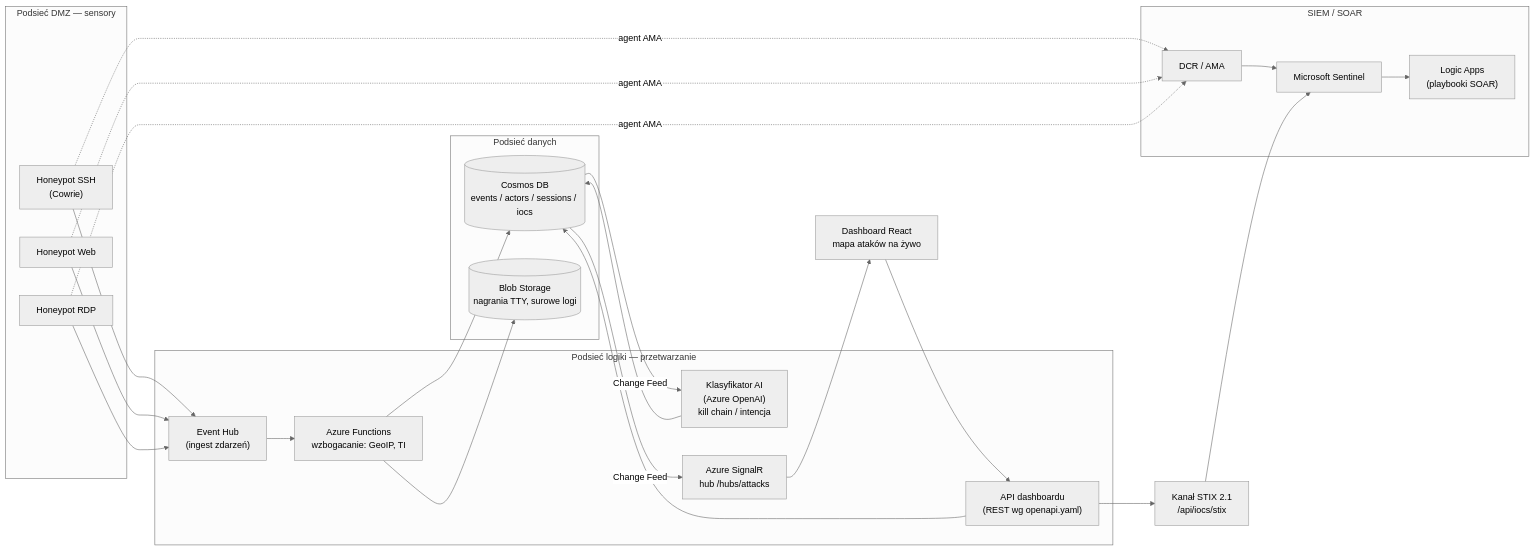
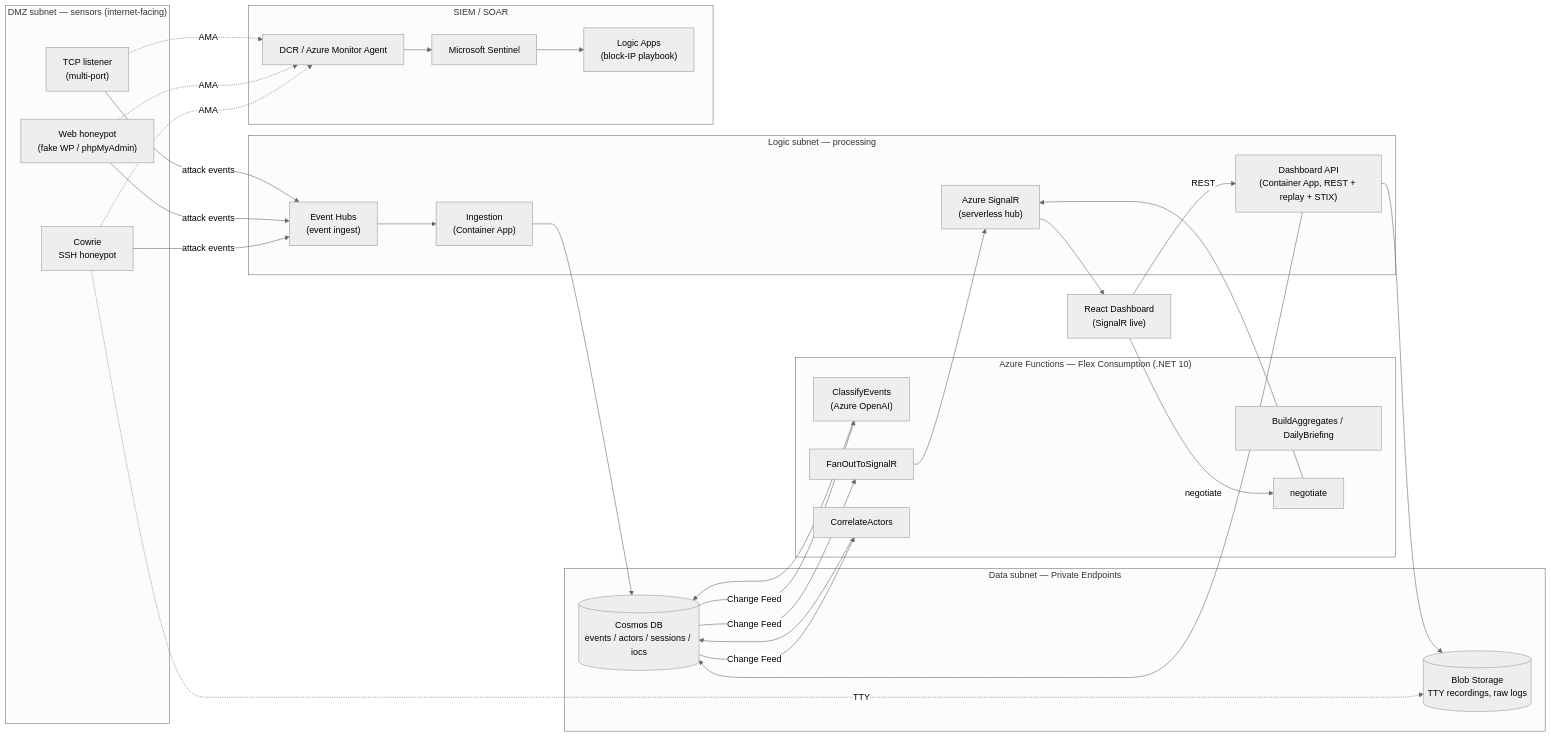
The diagram in README.md (BorShiik/HoneyGrid-Threat-Intelligence), drawn with Mermaid (neutral theme) before and after one commit. The commit also changed other lines of this file and 3 other files, not shown here.

````diff
--- a/README.md
+++ b/README.md
@@ -18,40 +94,46 @@
 ```mermaid
 flowchart LR
-    subgraph DMZ["Podsieć DMZ — sensory"]
-        S1["Honeypot SSH<br/>(Cowrie)"]
-        S2["Honeypot Web"]
-        S3["Honeypot RDP"]
+    subgraph DMZ["DMZ subnet — sensors (internet-facing)"]
+        S1["Cowrie<br/>SSH honeypot"]
+        S2["Web honeypot<br/>(fake WP / phpMyAdmin)"]
+        S3["TCP listener<br/>(multi-port)"]
     end
 
-    subgraph LOGIC["Podsieć logiki — przetwarzanie"]
-        EH["Event Hub<br/>(ingest zdarzeń)"]
-        FX["Azure Functions<br/>wzbogacanie: GeoIP, TI"]
-        AI["Klasyfikator AI<br/>(Azure OpenAI)<br/>kill chain / intencja"]
-        SR["Azure SignalR<br/>hub /hubs/attacks"]
-        API["API dashboardu<br/>(REST wg openapi.yaml)"]
+    subgraph LOGIC["Logic subnet — processing"]
+        EH["Event Hubs<br/>(event ingest)"]
+        ING["Ingestion<br/>(Container App)"]
+        API["Dashboard API<br/>(Container App, REST + replay + STIX)"]
+        SR["Azure SignalR<br/>(serverless hub)"]
     end
 
-    subgraph DATA["Podsieć danych"]
+    subgraph FUNC["Azure Functions — Flex Consumption (.NET 10)"]
+        CLS["ClassifyEvents<br/>(Azure OpenAI)"]
+        FAN["FanOutToSignalR"]
+        COR["CorrelateActors"]
+        AGG["BuildAggregates / DailyBriefing"]
+        NEG["negotiate"]
+    end
+
+    subgraph DATA["Data subnet — Private Endpoints"]
         COS[("Cosmos DB<br/>events / actors / sessions / iocs")]
-        BLOB[("Blob Storage<br/>nagrania TTY, surowe logi")]
+        BLOB[("Blob Storage<br/>TTY recordings, raw logs")]
     end
 
     subgraph SIEM["SIEM / SOAR"]
-        DCR["DCR / AMA"]
+        DCR["DCR / Azure Monitor Agent"]
         SEN["Microsoft Sentinel"]
-        LA["Logic Apps<br/>(playbooki SOAR)"]
+        LA["Logic Apps<br/>(block-IP playbook)"]
     end
 
-    WEB["Dashboard React<br/>mapa ataków na żywo"]
-    STIX["Kanał STIX 2.1<br/>/api/iocs/stix"]
+    WEB["React Dashboard<br/>(SignalR live)"]
 
-    S1 & S2 & S3 --> EH
-    S1 & S2 & S3 -. agent AMA .-> DCR --> SEN --> LA
-    EH --> FX --> COS
-    FX --> BLOB
-    COS -- Change Feed --> AI --> COS
-    COS -- Change Feed --> SR --> WEB
-    API --> COS
-    WEB --> API
-    API --> STIX --> SEN
+    S1 & S2 & S3 -->|attack events| EH --> ING --> COS
+    S1 -. TTY .-> BLOB
+    S1 & S2 & S3 -. AMA .-> DCR --> SEN --> LA
+    COS -- Change Feed --> CLS --> COS
+    COS -- Change Feed --> FAN --> SR --> WEB
+    COS -- Change Feed --> COR --> COS
+    WEB -->|negotiate| NEG --> SR
+    WEB -->|REST| API --> COS
+    API --> BLOB
 ```
````
